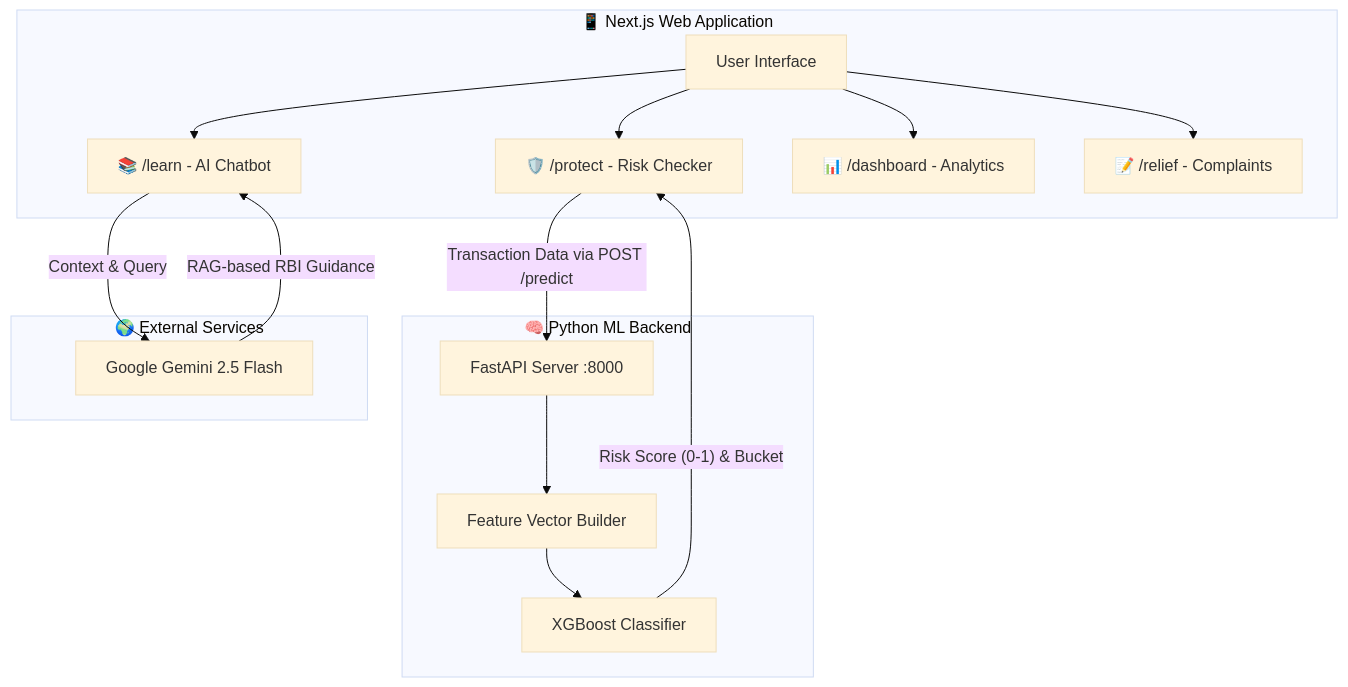
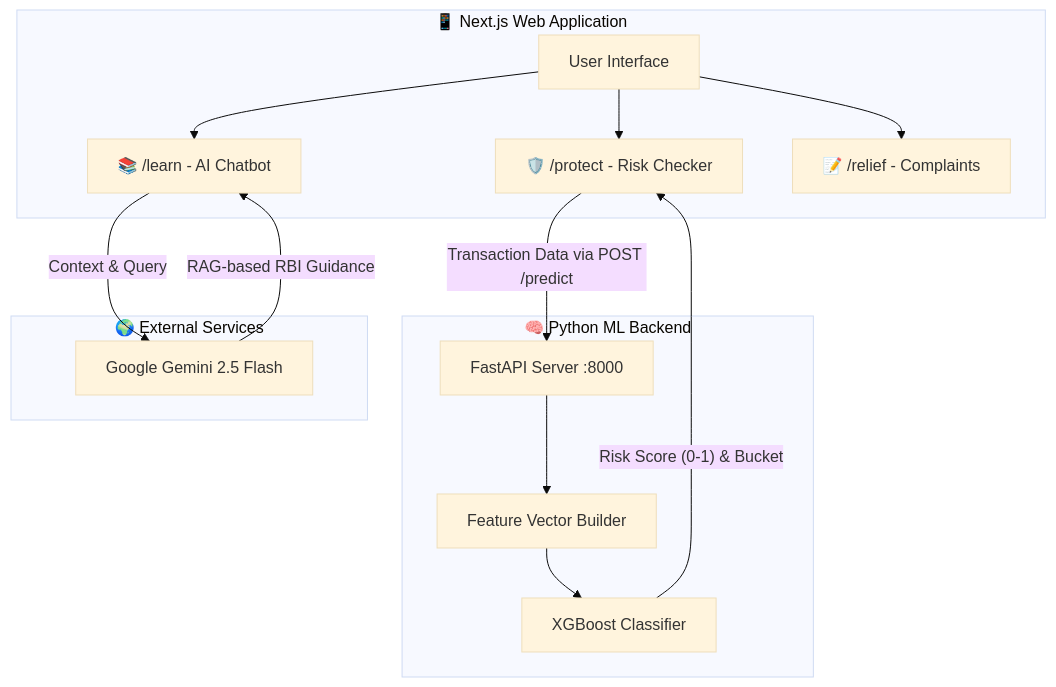
One commit to SirCoolerArc/Bharat-Bricks-Hacks-2026-Satark-Compliance changed the diagram in README.md. Above: the diagram before and after it, drawn with Mermaid (base theme). The commit also changed other lines of this file, not shown here.

First line of the commit message:
Remove Dashboard section from README

````diff
--- a/README.md
+++ b/README.md
@@ -11,38 +11,36 @@
 ```mermaid
 graph TD
     classDef frontend fill:#3178c6,stroke:#fff,stroke-width:2px,color:#fff;
     classDef backend fill:#306998,stroke:#ffe873,stroke-width:2px,color:#fff;
     classDef external fill:#0f9d58,stroke:#fff,stroke-width:2px,color:#fff;
 
     subgraph Client [📱 Next.js Web Application]
         UI[User Interface]
         Protect[🛡️ /protect - Risk Checker]
         Learn[📚 /learn - AI Chatbot]
-        Dash[📊 /dashboard - Analytics]
         Relief[📝 /relief - Complaints]
     end
 
     subgraph Service [🧠 Python ML Backend]
         API[FastAPI Server :8000]
         Feature[Feature Vector Builder]
         Model[XGBoost Classifier]
     end
 
     subgraph APIs [🌍 External Services]
         Gemini[Google Gemini 2.5 Flash]
     end
 
     %% Connections
     UI --> Protect
     UI --> Learn
-    UI --> Dash
     UI --> Relief
 
     Protect -- "Transaction Data via POST /predict" --> API
     API --> Feature
     Feature --> Model
     Model -- "Risk Score (0-1) & Bucket" --> Protect
 
     Learn -- "Context & Query" --> Gemini
     Gemini -- "RAG-based RBI Guidance" --> Learn
 ```
````
